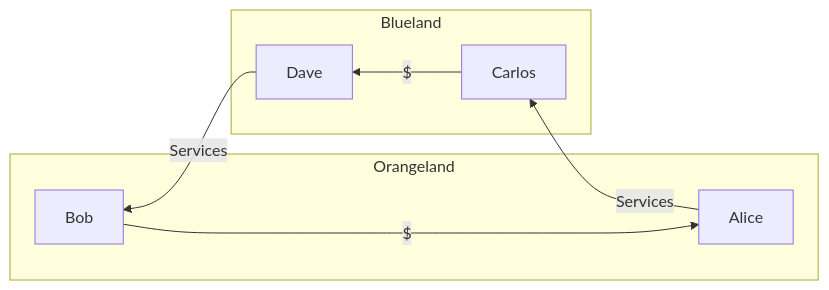
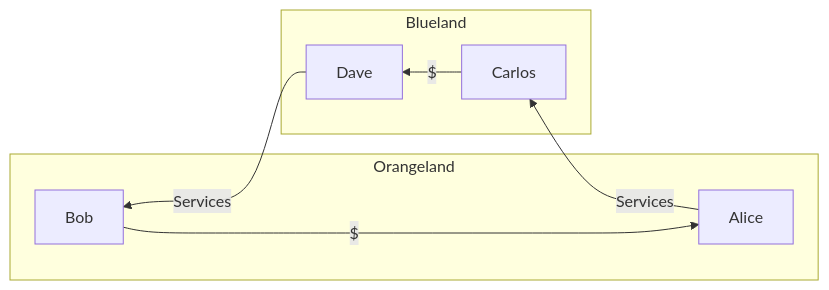
The fourth of 4 diagrams in en/gap.md (johnthesmith/scraps), drawn with Mermaid before and after one commit.

````diff
--- a/en/gap.md
+++ b/en/gap.md
@@ -68,18 +68,18 @@
 ```mermaid
 graph RL
     subgraph Orangeland
         Alice
         Bob
     end
 
     subgraph Blueland
         Carlos
         Dave
     end
 
     Alice
     --> |Services| Carlos
-    ---> |$| Dave
-    --> |Services| Bob
+    --> |$| Dave
+    ---> |Services| Bob
     --> |$| Alice
 ```
````
